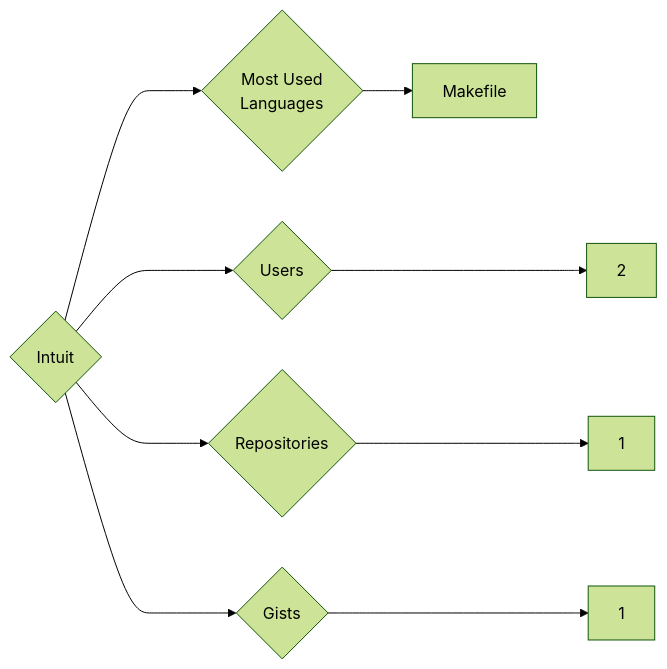
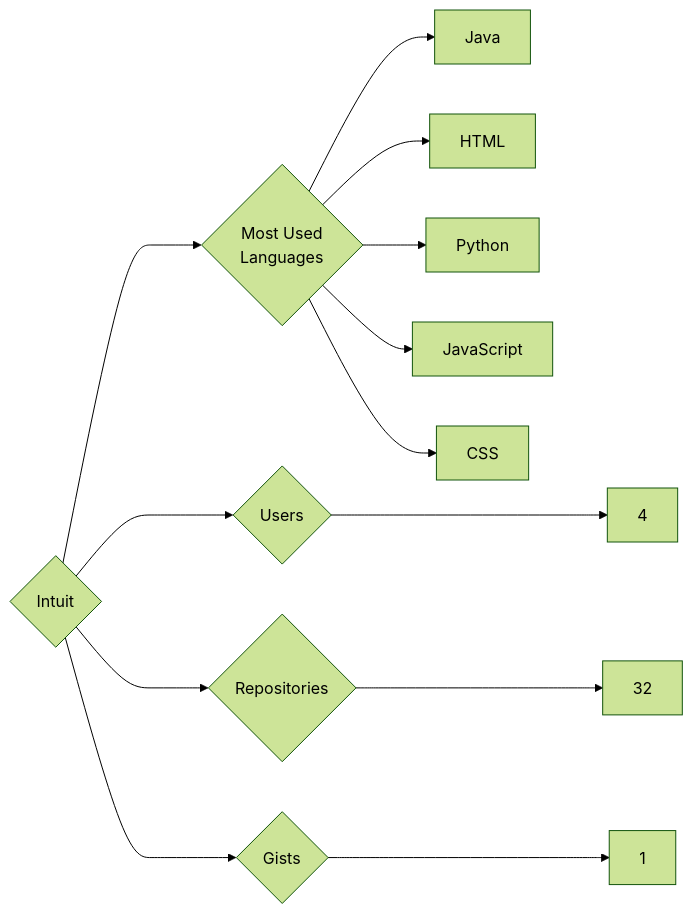
One commit to trickest/insiders changed the diagram in targets/Intuit/README.md. Above: the diagram before and after it, drawn with Mermaid (forest theme). The commit also changed 1055 other files, not shown here.

````diff
--- a/targets/Intuit/README.md
+++ b/targets/Intuit/README.md
@@ -3,9 +3,13 @@
 ```mermaid
 graph LR
 COMPANY_NAME{Intuit}
-COMPANY_NAME ---> U{Users} ---> UN[2]
-COMPANY_NAME ---> R{Repositories} ---> RN[1]
+COMPANY_NAME ---> U{Users} ---> UN[4]
+COMPANY_NAME ---> R{Repositories} ---> RN[32]
 COMPANY_NAME ---> G{Gists} ---> GN[1]
 COMPANY_NAME ---> ML{Most Used<br>Languages}
-ML --> Makefile[Makefile]
+ML --> Java[Java]
+ML --> HTML[HTML]
+ML --> Python[Python]
+ML --> JavaScript[JavaScript]
+ML --> CSS[CSS]
 ```
````
